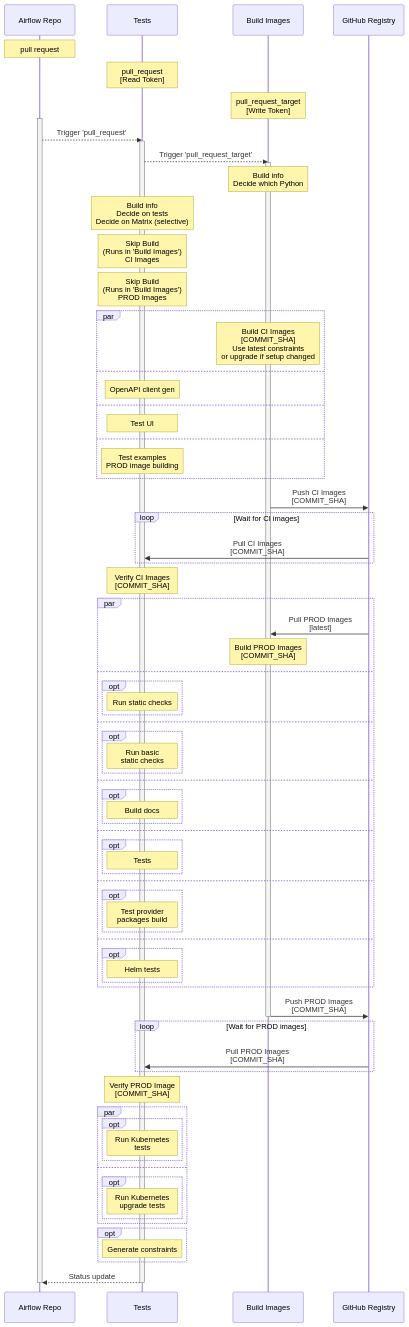
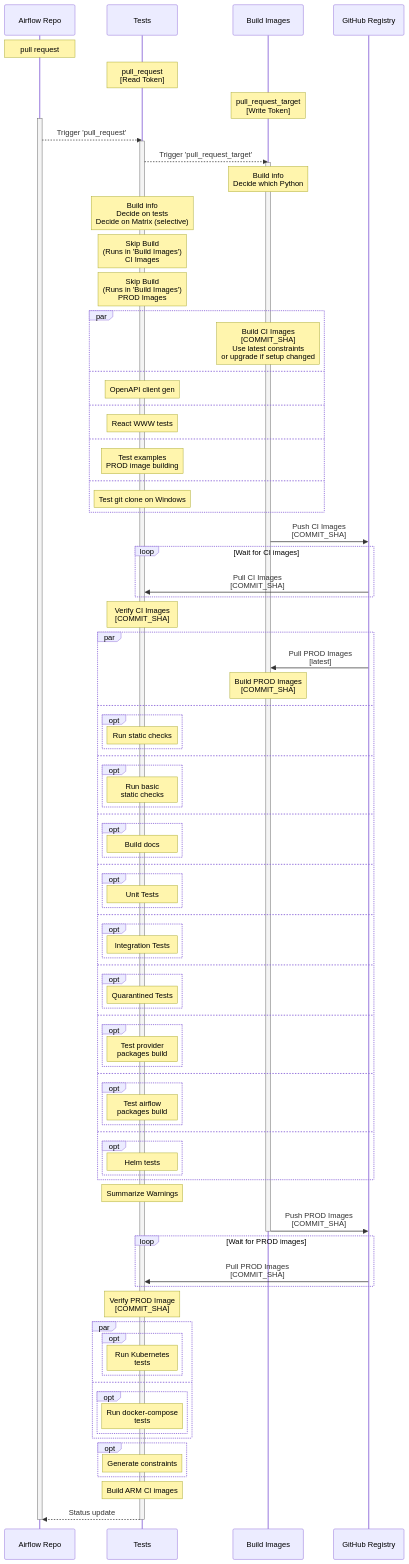
One commit to a0x8o/airflow changed the first of 4 diagrams in CI_DIAGRAMS.md. Above: the diagram before and after it, drawn with Mermaid. The commit also changed other lines of this file and 43 other files, not shown here.

```diff
--- a/CI_DIAGRAMS.md
+++ b/CI_DIAGRAMS.md
@@ -42,9 +42,11 @@
     and
         Note over Tests: OpenAPI client gen
     and
-        Note over Tests: Test UI
+        Note over Tests: React WWW tests
     and
         Note over Tests: Test examples<br>PROD image building
+    and
+        Note over Tests: Test git clone on Windows
     end
     Build Images ->> GitHub Registry: Push CI Images<br>[COMMIT_SHA]
     loop Wait for CI images
@@ -68,7 +70,15 @@
         end
     and
         opt
-            Note over Tests: Tests
+            Note over Tests: Unit Tests
+        end
+    and
+        opt
+            Note over Tests: Integration Tests
+        end
+    and
+        opt
+            Note over Tests: Quarantined Tests
         end
     and
         opt
@@ -76,9 +86,14 @@
         end
     and
         opt
+            Note over Tests: Test airflow <br>packages build
+        end
+    and
+        opt
             Note over Tests: Helm tests
         end
     end
+    Note over Tests: Summarize Warnings
     Build Images ->> GitHub Registry: Push PROD Images<br>[COMMIT_SHA]
     deactivate Build Images
     loop Wait for PROD images
@@ -87,16 +102,17 @@
     Note over Tests: Verify PROD Image<br>[COMMIT_SHA]
     par
         opt
-            Note over Tests: Run Kubernetes<br>tests
+            Note over Tests: Run Kubernetes <br>tests
         end
     and
         opt
-            Note over Tests: Run Kubernetes<br>upgrade tests
+            Note over Tests: Run docker-compose <br>tests
         end
     end
     opt
         Note over Tests: Generate constraints
     end
+    Note over Tests: Build ARM CI images
     Tests -->> Airflow Repo: Status update
     deactivate Airflow Repo
     deactivate Tests
```
